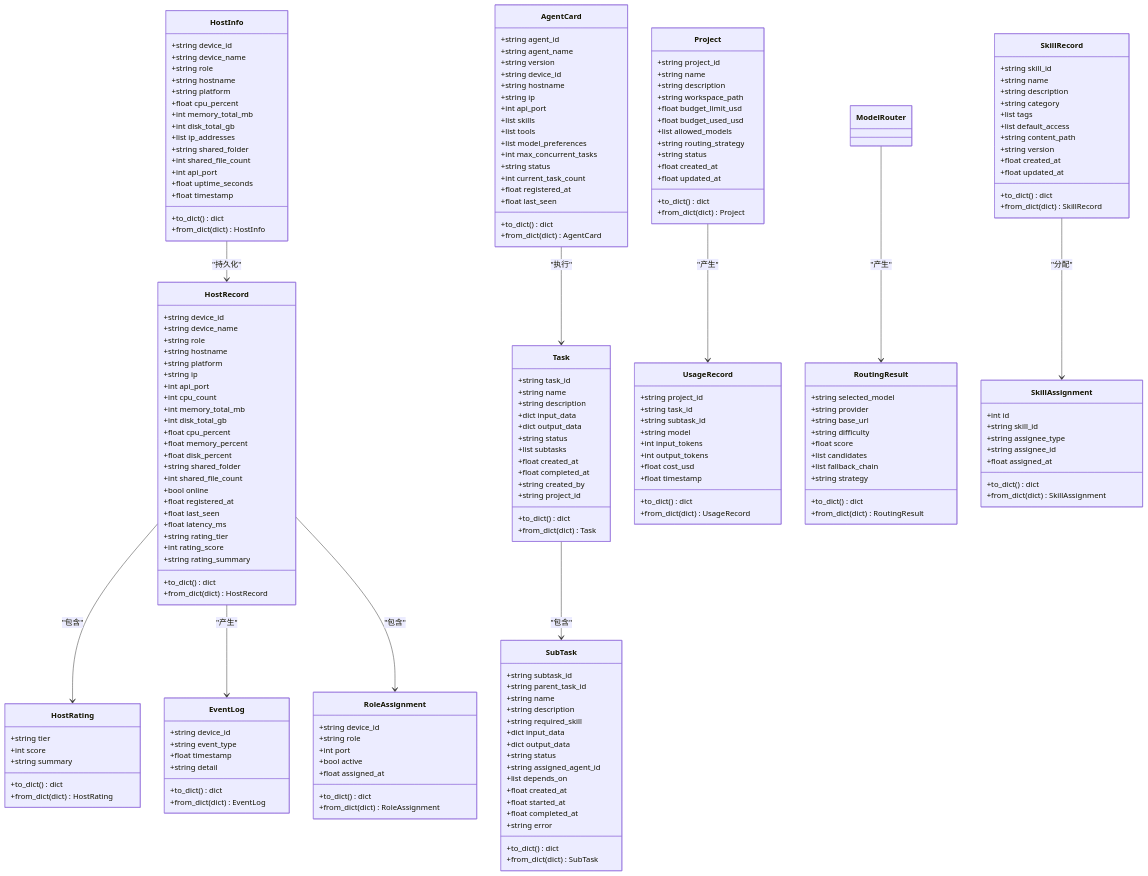
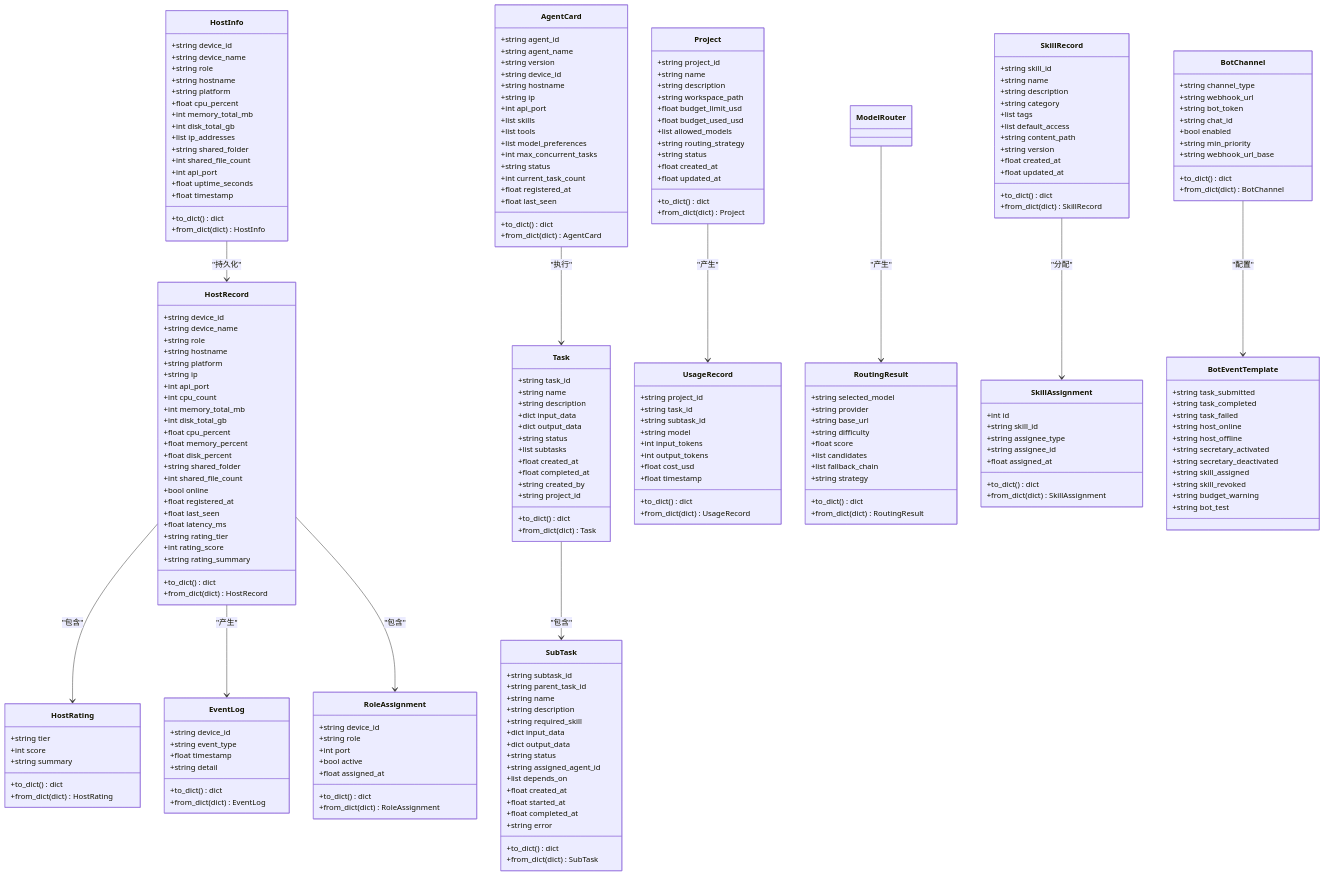
The third of 5 diagrams in .qoder/repowiki/zh/content/Web API 接口/Web API 接口.md (targalian/Personal-distributed-workstation), drawn with Mermaid before and after one commit. The commit also changed other lines of this file and 85 other files, not shown here.

````diff
--- a/.qoder/repowiki/zh/content/Web API 接口/Web API 接口.md
+++ b/.qoder/repowiki/zh/content/Web API 接口/Web API 接口.md
@@ -1086,6 +1126,30 @@
 +to_dict() dict
 +from_dict(dict) SkillAssignment
 }
+class BotChannel {
++string channel_type
++string webhook_url
++string bot_token
++string chat_id
++bool enabled
++string min_priority
++string webhook_url_base
++to_dict() dict
++from_dict(dict) BotChannel
+}
+class BotEventTemplate {
++string task_submitted
++string task_completed
++string task_failed
++string host_online
++string host_offline
++string secretary_activated
++string secretary_deactivated
++string skill_assigned
++string skill_revoked
++string budget_warning
++string bot_test
+}
 HostInfo --> HostRecord : "持久化"
 HostRecord --> HostRating : "包含"
 AgentCard --> Task : "执行"
@@ -1095,4 +1159,5 @@
 HostRecord --> EventLog : "产生"
 HostRecord --> RoleAssignment : "包含"
 SkillRecord --> SkillAssignment : "分配"
+BotChannel --> BotEventTemplate : "配置"
 ```
````
